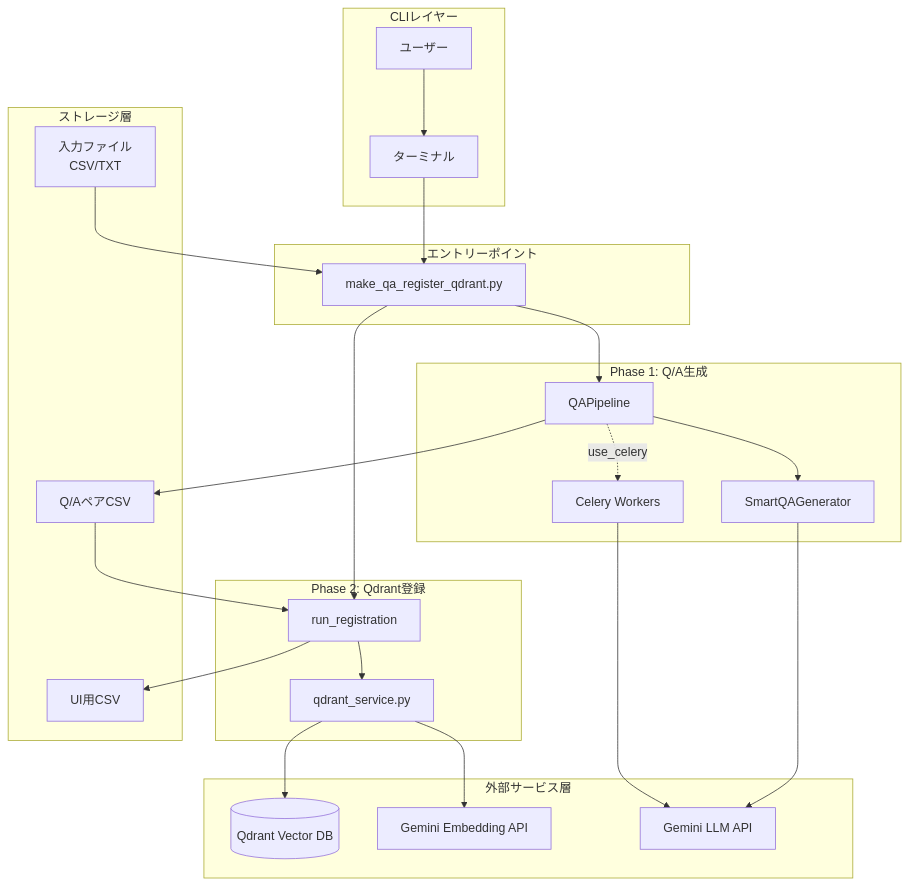
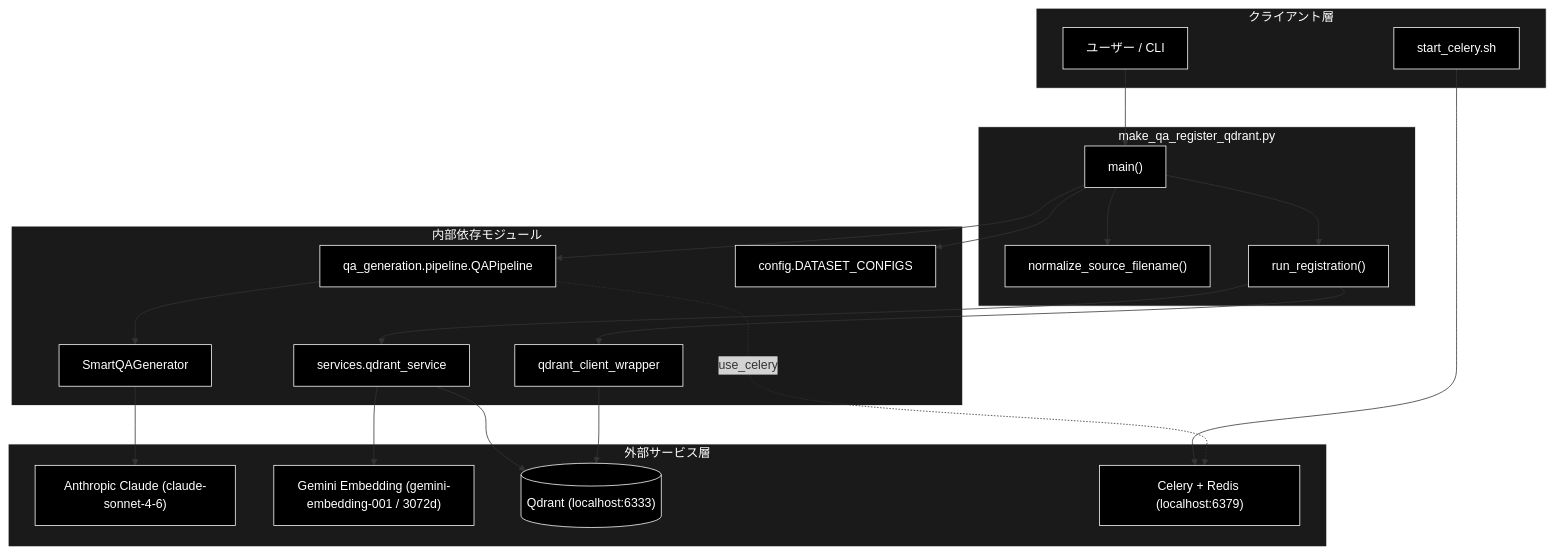
One commit to nakashima2toshio/anthropic_grace_agent_v2 changed the first of 3 diagrams in qa_qdrant/doc/make_qa_register_qdrant.md. Above: the diagram before and after it, drawn with Mermaid. The commit also changed other lines of this file and 4 other files, not shown here.

````diff
--- a/qa_qdrant/doc/make_qa_register_qdrant.md
+++ b/qa_qdrant/doc/make_qa_register_qdrant.md
@@ -55,52 +64,50 @@
 ```mermaid
 flowchart TB
-    subgraph CLI["CLIレイヤー"]
-        USER[ユーザー]
-        TERMINAL[ターミナル]
+    subgraph CLIENT["クライアント層"]
+        USER["ユーザー / CLI"]
+        SH["start_celery.sh"]
     end
 
-    subgraph ENTRY["エントリーポイント"]
-        MAIN[make_qa_register_qdrant.py]
+    subgraph MODULE["make_qa_register_qdrant.py"]
+        MAIN["main()"]
+        NORM["normalize_source_filename()"]
+        RUNREG["run_registration()"]
     end
 
-    subgraph PHASE1["Phase 1: Q/A生成"]
-        PIPELINE[QAPipeline]
-        SMART_GEN[SmartQAGenerator]
-        CELERY[Celery Workers]
-    end
-
-    subgraph PHASE2["Phase 2: Qdrant登録"]
-        REG_FUNC[run_registration]
-        QDRANT_SVC[qdrant_service.py]
+    subgraph INTERNAL["内部依存モジュール"]
+        PIPE["qa_generation.pipeline.QAPipeline"]
+        SMART["SmartQAGenerator"]
+        QSVC["services.qdrant_service"]
+        QCW["qdrant_client_wrapper"]
+        CFG["config.DATASET_CONFIGS"]
     end
 
     subgraph EXTERNAL["外部サービス層"]
-        GEMINI_LLM[Gemini LLM API]
-        GEMINI_EMB[Gemini Embedding API]
-        QDRANT[(Qdrant Vector DB)]
+        CLAUDE["Anthropic Claude (claude-sonnet-4-6)"]
+        GEMINI["Gemini Embedding (gemini-embedding-001 / 3072d)"]
+        QDRANT[("Qdrant (localhost:6333)")]
+        BROKER["Celery + Redis (localhost:6379)"]
     end
 
-    subgraph STORAGE["ストレージ層"]
-        INPUT[入力ファイル<br>CSV/TXT]
-        QA_CSV[Q/AペアCSV]
-        UI_CSV[UI用CSV]
-    end
-
-    USER --> TERMINAL
-    TERMINAL --> MAIN
-    MAIN --> PIPELINE
-    PIPELINE --> SMART_GEN
-    PIPELINE -.->|use_celery| CELERY
-    CELERY --> GEMINI_LLM
-    SMART_GEN --> GEMINI_LLM
-    PIPELINE --> QA_CSV
-
-    MAIN --> REG_FUNC
-    REG_FUNC --> QDRANT_SVC
-    QDRANT_SVC --> GEMINI_EMB
-    QDRANT_SVC --> QDRANT
-    REG_FUNC --> UI_CSV
-
-    INPUT --> MAIN
-    QA_CSV --> REG_FUNC
+    USER --> MAIN
+    SH --> BROKER
+    MAIN --> NORM
+    MAIN --> RUNREG
+    MAIN --> PIPE
+    MAIN --> CFG
+    PIPE --> SMART
+    PIPE -.->|use_celery| BROKER
+    SMART --> CLAUDE
+    RUNREG --> QSVC
+    RUNREG --> QCW
+    QSVC --> GEMINI
+    QSVC --> QDRANT
+    QCW --> QDRANT
+classDef default fill:#000,stroke:#fff,color:#fff
+classDef subgraphStyle fill:#1a1a1a,stroke:#fff,color:#fff
+class USER,SH,MAIN,NORM,RUNREG,PIPE,SMART,QSVC,QCW,CFG,CLAUDE,GEMINI,QDRANT,BROKER default
+style CLIENT fill:#1a1a1a,stroke:#fff,color:#fff
+style MODULE fill:#1a1a1a,stroke:#fff,color:#fff
+style INTERNAL fill:#1a1a1a,stroke:#fff,color:#fff
+style EXTERNAL fill:#1a1a1a,stroke:#fff,color:#fff
 ```
````
